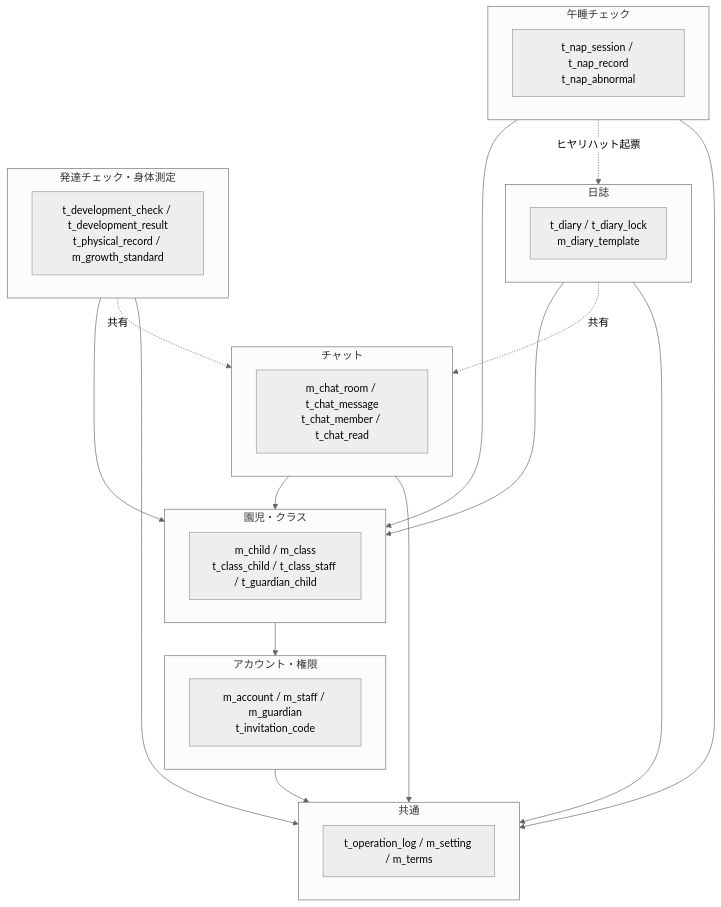
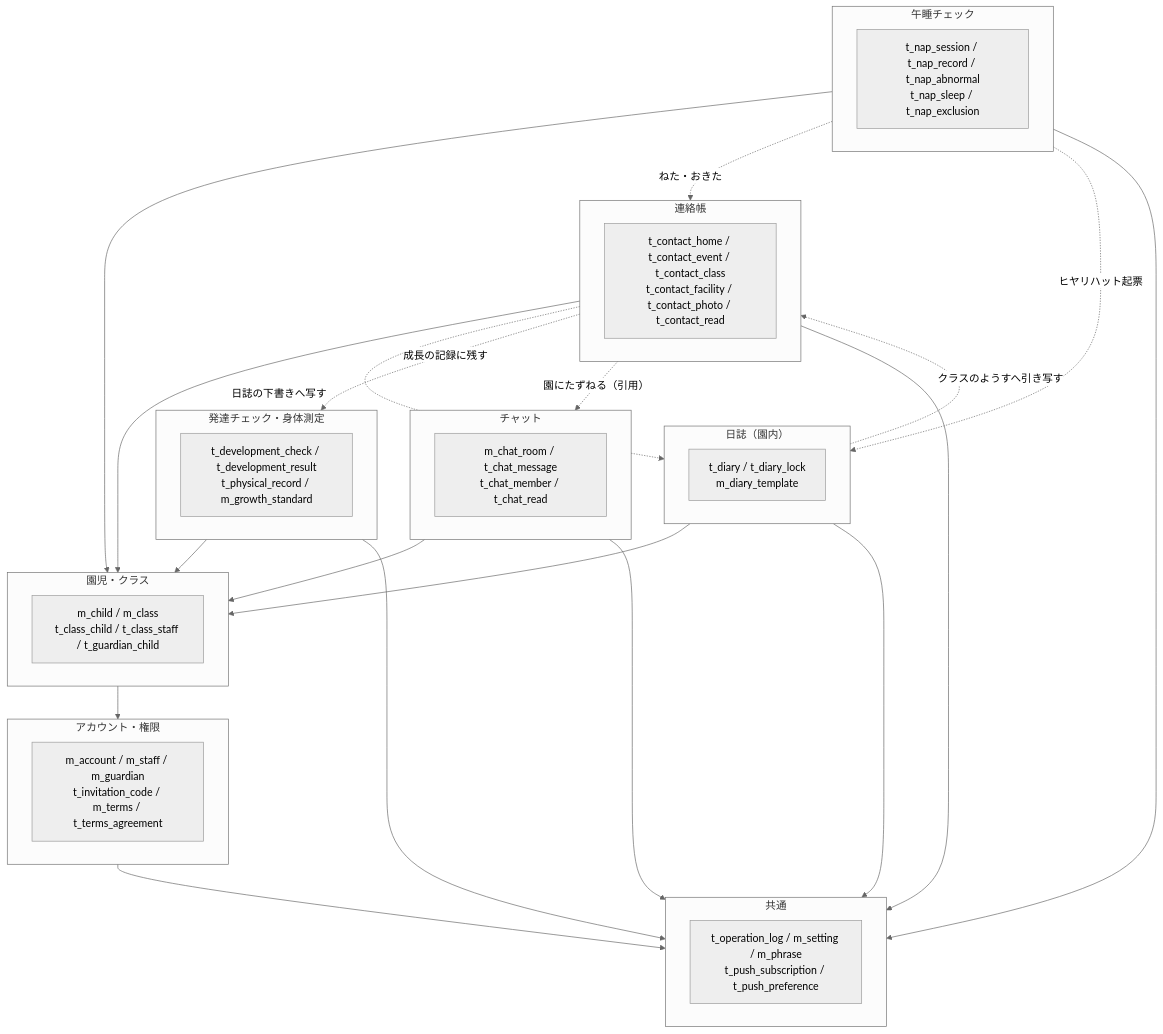
One commit to issei0423/sukusuku_system changed the first of 9 diagrams in 図/ER図.md. Above: the diagram before and after it, drawn with Mermaid (neutral theme). The commit also changed other lines of this file and 1 other file, not shown here.

First line of the commit message:
ER図 第2.0版：連絡帳のエリアと第3.0版の13の表・列を足し、共有の列と点線を外した。基本設計書 5章に園児の顔写真の列と、保護者へのひとことを関所の段2とすることを足した（UI の係の申し送り）

````diff
--- a/図/ER図.md
+++ b/図/ER図.md
@@ -47,38 +48,46 @@
 ```mermaid
 flowchart TB
     subgraph AC["アカウント・権限"]
-        A1["m_account / m_staff / m_guardian<br>t_invitation_code"]
+        A1["m_account / m_staff / m_guardian<br>t_invitation_code / m_terms / t_terms_agreement"]
     end
     subgraph CH["園児・クラス"]
         C1["m_child / m_class<br>t_class_child / t_class_staff / t_guardian_child"]
     end
-    subgraph DI["日誌"]
+    subgraph CB["連絡帳"]
+        B1["t_contact_home / t_contact_event / t_contact_class<br>t_contact_facility / t_contact_photo / t_contact_read"]
+    end
+    subgraph DI["日誌（園内）"]
         D1["t_diary / t_diary_lock<br>m_diary_template"]
     end
     subgraph CT["チャット"]
         T1["m_chat_room / t_chat_message<br>t_chat_member / t_chat_read"]
     end
     subgraph NP["午睡チェック"]
-        N1["t_nap_session / t_nap_record<br>t_nap_abnormal"]
+        N1["t_nap_session / t_nap_record / t_nap_abnormal<br>t_nap_sleep / t_nap_exclusion"]
     end
     subgraph DV["発達チェック・身体測定"]
         V1["t_development_check / t_development_result<br>t_physical_record / m_growth_standard"]
     end
     subgraph CM["共通"]
-        M1["t_operation_log / m_setting / m_terms"]
+        M1["t_operation_log / m_setting / m_phrase<br>t_push_subscription / t_push_preference"]
     end
 
     CH --> AC
+    CB --> CH
     DI --> CH
     CT --> CH
     NP --> CH
     DV --> CH
-    DI -.->|共有| CT
-    DV -.->|共有| CT
+    NP -.->|ねた・おきた| CB
+    CB -.->|日誌の下書きへ写す| DI
+    DI -.->|クラスのようすへ引き写す| CB
+    CB -.->|成長の記録に残す| DV
+    CB -.->|園にたずねる（引用）| CT
     NP -.->|ヒヤリハット起票| DI
     AC --> CM
+    CB --> CM
     DI --> CM
     CT --> CM
     NP --> CM
     DV --> CM
 ```
````
